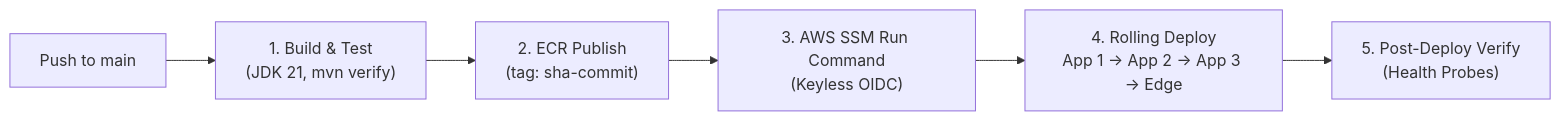
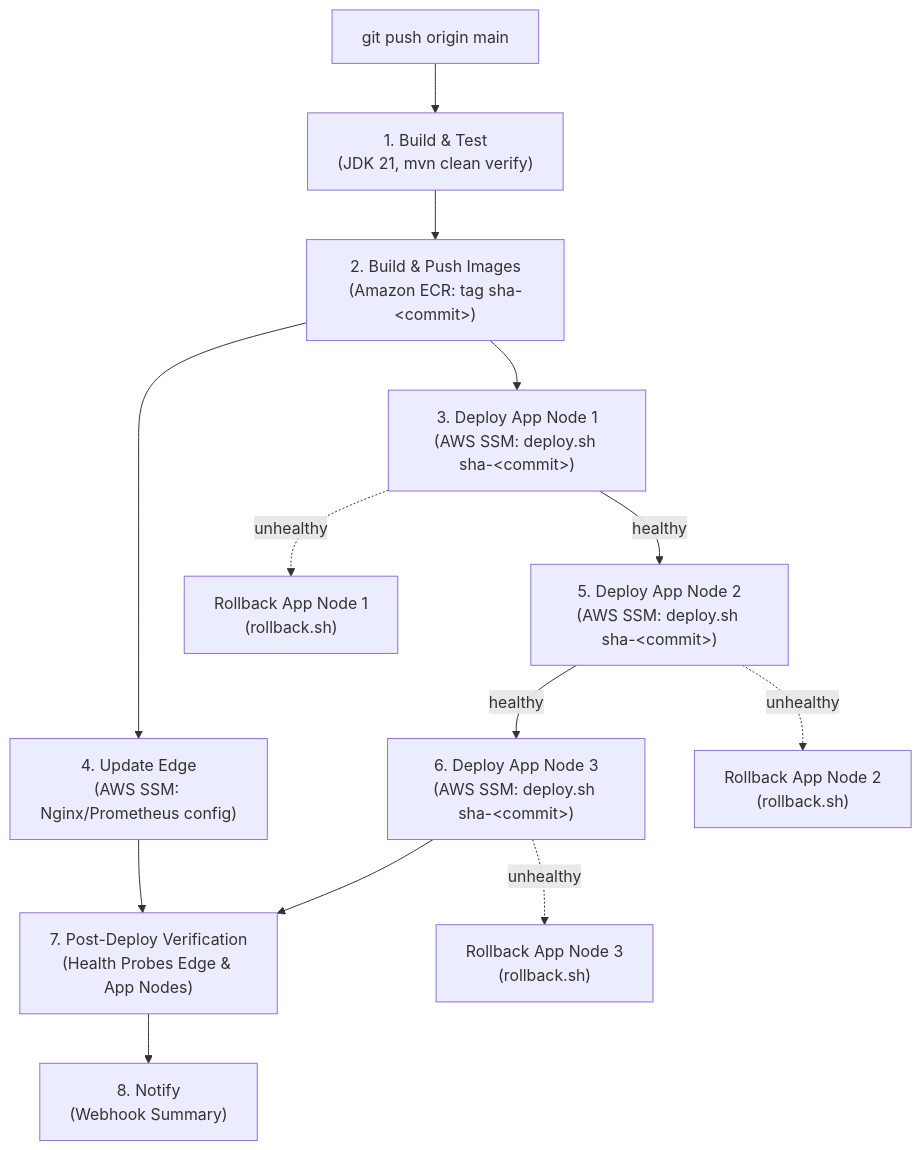
The fifth of 6 diagrams in README.md (SlayerBit/linkflow), drawn with Mermaid before and after one commit. The commit also changed other lines of this file and 4 other files, not shown here.

Commit message:
docs: update production architecture, deployment, and redesign README for linkflow.slayerbit.me

````diff
--- a/README.md
+++ b/README.md
@@ -299,8 +253,15 @@
 ```mermaid
-flowchart LR
-    Commit["Push to main"] --> CI["1. Build & Test<br/>(JDK 21, mvn verify)"]
-    CI --> ECR["2. ECR Publish<br/>(tag: sha-commit)"]
-    ECR --> SSM["3. AWS SSM Run Command<br/>(Keyless OIDC)"]
-    SSM --> Rolling["4. Rolling Deploy<br/>App 1 → App 2 → App 3 → Edge"]
-    Rolling --> Verify["5. Post-Deploy Verify<br/>(Health Probes)"]
+flowchart TD
+    Push["git push origin main"] --> S1["1. Build & Test<br/>(JDK 21, mvn clean verify)"]
+    S1 --> S2["2. Build & Push Images<br/>(Amazon ECR: tag sha-&lt;commit&gt;)"]
+    S2 --> S3["3. Deploy App Node 1<br/>(AWS SSM: deploy.sh sha-&lt;commit&gt;)"]
+    S2 --> S4["4. Update Edge<br/>(AWS SSM: Nginx/Prometheus config)"]
+    S3 -->|healthy| S5["5. Deploy App Node 2<br/>(AWS SSM: deploy.sh sha-&lt;commit&gt;)"]
+    S5 -->|healthy| S6["6. Deploy App Node 3<br/>(AWS SSM: deploy.sh sha-&lt;commit&gt;)"]
+    S6 & S4 --> S7["7. Post-Deploy Verification<br/>(Health Probes Edge & App Nodes)"]
+    S7 --> S8["8. Notify<br/>(Webhook Summary)"]
+
+    S3 -.->|unhealthy| R1["Rollback App Node 1<br/>(rollback.sh)"]
+    S5 -.->|unhealthy| R2["Rollback App Node 2<br/>(rollback.sh)"]
+    S6 -.->|unhealthy| R3["Rollback App Node 3<br/>(rollback.sh)"]
 ```
````
